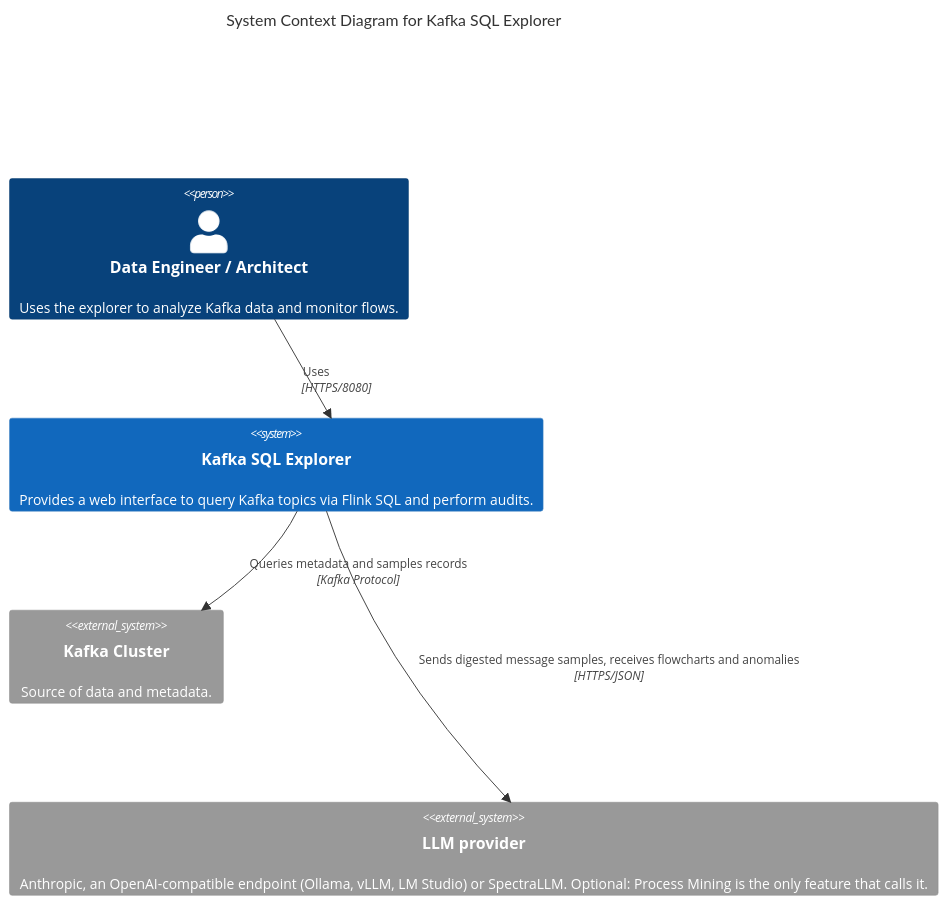
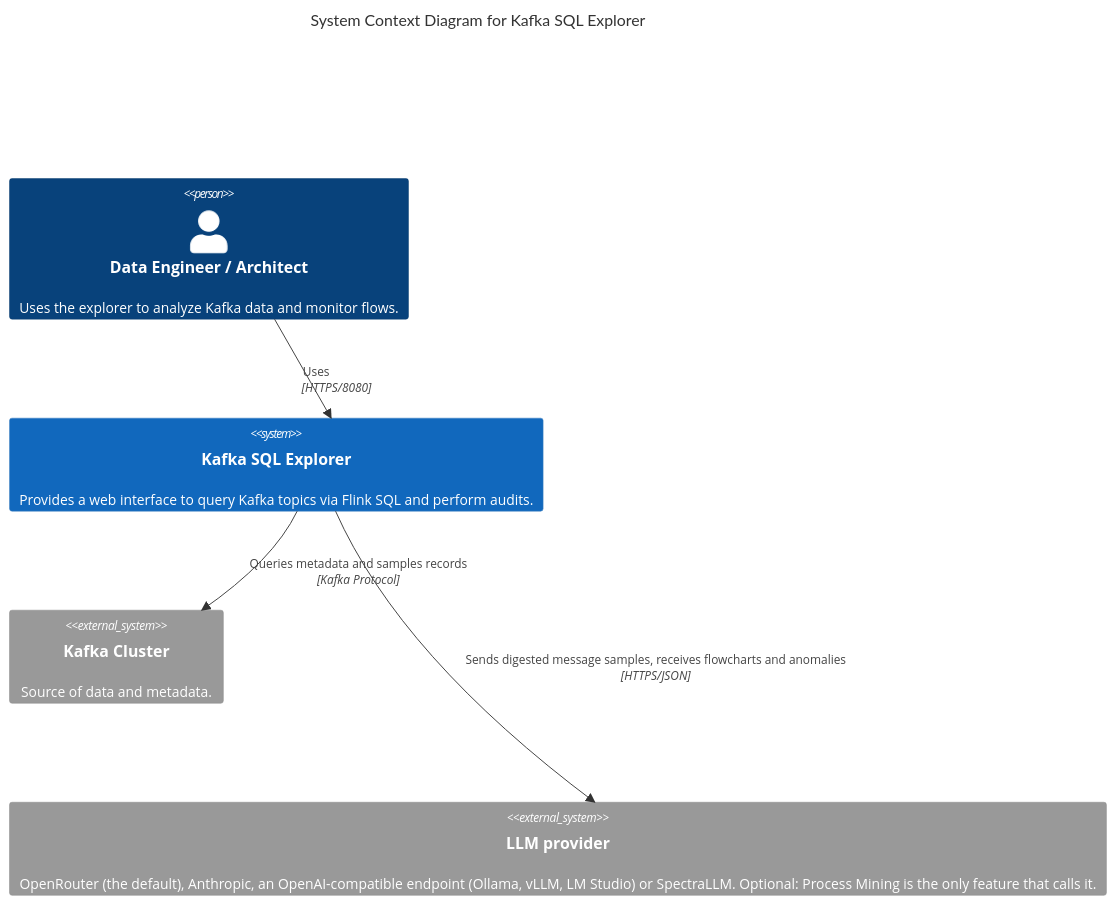
One commit to devdownin/Kafkaexplorer changed the first of 3 diagrams in docs/architecture.md. Above: the diagram before and after it, drawn with Mermaid. The commit also changed other lines of this file and 6 other files, not shown here.

First line of the commit message:
Bring the remaining docs up to the OpenRouter default

````diff
--- a/docs/architecture.md
+++ b/docs/architecture.md
@@ -7,13 +7,13 @@
 ```mermaid
 C4Context
     title System Context Diagram for Kafka SQL Explorer
 
     Person(user, "Data Engineer / Architect", "Uses the explorer to analyze Kafka data and monitor flows.")
     System(explorer, "Kafka SQL Explorer", "Provides a web interface to query Kafka topics via Flink SQL and perform audits.")
     System_Ext(kafka, "Kafka Cluster", "Source of data and metadata.")
-    System_Ext(llm, "LLM provider", "Anthropic, an OpenAI-compatible endpoint (Ollama, vLLM, LM Studio) or SpectraLLM. Optional: Process Mining is the only feature that calls it.")
+    System_Ext(llm, "LLM provider", "OpenRouter (the default), Anthropic, an OpenAI-compatible endpoint (Ollama, vLLM, LM Studio) or SpectraLLM. Optional: Process Mining is the only feature that calls it.")
 
     Rel(user, explorer, "Uses", "HTTPS/8080")
     Rel(explorer, kafka, "Queries metadata and samples records", "Kafka Protocol")
     Rel(explorer, llm, "Sends digested message samples, receives flowcharts and anomalies", "HTTPS/JSON")
 ```
````
